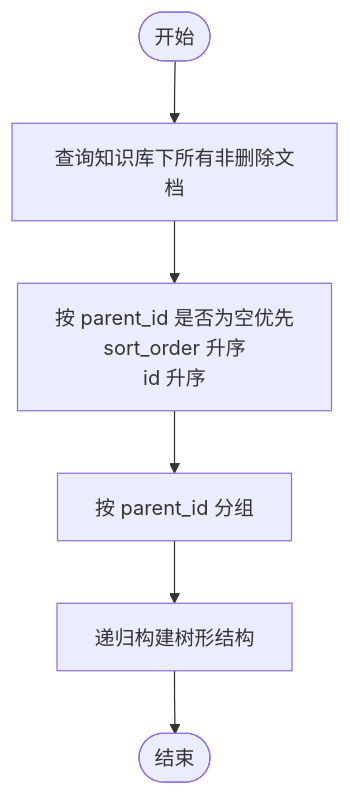
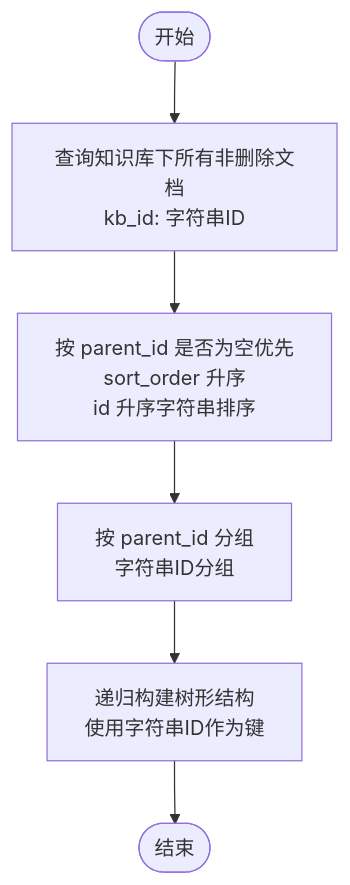
One commit to beyondalbert/my_wiki changed the third of 8 diagrams in .qoder/repowiki/zh/content/核心模块/文档管理系统/文档服务层.md. Above: the diagram before and after it, drawn with Mermaid. The commit also changed other lines of this file and 21 other files, not shown here.

````diff
--- a/.qoder/repowiki/zh/content/核心模块/文档管理系统/文档服务层.md
+++ b/.qoder/repowiki/zh/content/核心模块/文档管理系统/文档服务层.md
@@ -140,8 +146,8 @@
 ```mermaid
 flowchart TD
-Start(["开始"]) --> Query["查询知识库下所有非删除文档"]
-Query --> Order["按 parent_id 是否为空优先<br/>sort_order 升序<br/>id 升序"]
-Order --> Group["按 parent_id 分组"]
-Group --> Build["递归构建树形结构"]
+Start(["开始"]) --> Query["查询知识库下所有非删除文档<br/>kb_id: 字符串ID"]
+Query --> Order["按 parent_id 是否为空优先<br/>sort_order 升序<br/>id 升序字符串排序"]
+Order --> Group["按 parent_id 分组<br/>字符串ID分组"]
+Group --> Build["递归构建树形结构<br/>使用字符串ID作为键"]
 Build --> End(["结束"])
 ```
````
